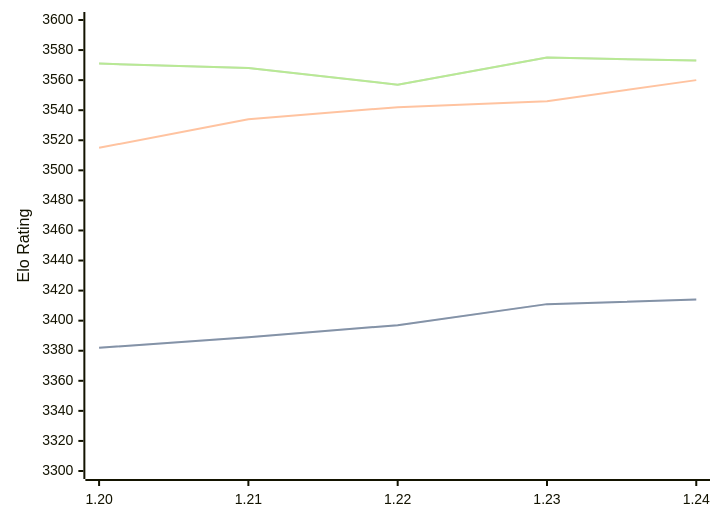
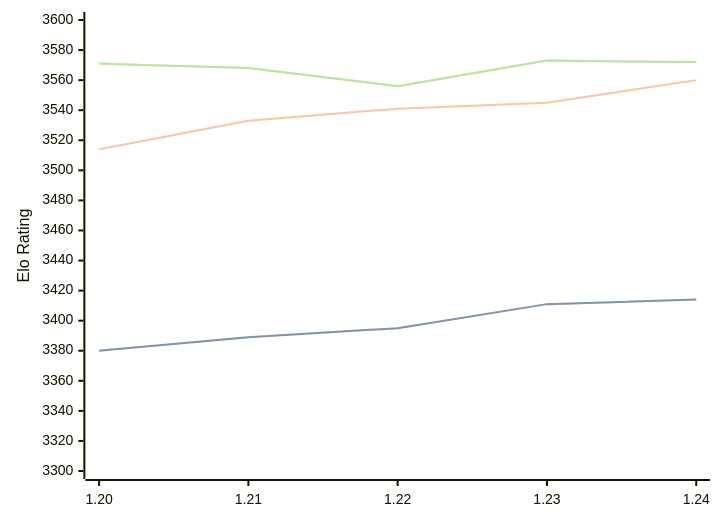
Before and after one commit to computer-chess-index/cci: the diagram in engines/Caissa.md, drawn with Mermaid. The commit also changed other lines of this file, not shown here.

Commit message:
Update CCI Ratings (ELO VLTC) - 2026-03-30

````diff
--- a/engines/Caissa.md
+++ b/engines/Caissa.md
@@ -64,11 +64,11 @@
 ```mermaid
 %%{init: {"theme":"base","themeVariables":{"seriesColors:['#a3a3a3','#222221','#faa371']}}}%%
 xychart-beta
   x-axis ["1.20", "1.21", "1.22", "1.23", "1.24"]
   y-axis "Elo Rating" 3300 --> 3600
-  line "STC (8.0+0.08s)" [3382, 3389, 3397, 3411, 3414]
-  line "STC (8.0+0.08s)" [3382, 3389, 3397, 3411, 3414]
-  line "LTC (60.0+0.60s)" [3515, 3534, 3542, 3546, 3560]
-  line "VLTC (2m24s+1.12s)" [3571, 3568, 3557, 3575, 3573]
-  line "VLTC (2m24s+1.12s)" [3571, 3568, 3557, 3575, 3573]
+  line "STC (8.0+0.08s)" [3380, 3389, 3395, 3411, 3414]
+  line "STC (8.0+0.08s)" [3380, 3389, 3395, 3411, 3414]
+  line "LTC (60.0+0.60s)" [3514, 3533, 3541, 3545, 3560]
+  line "VLTC (2m24s+1.12s)" [3571, 3568, 3556, 3573, 3572]
+  line "VLTC (2m24s+1.12s)" [3571, 3568, 3556, 3573, 3572]
 ```
````
